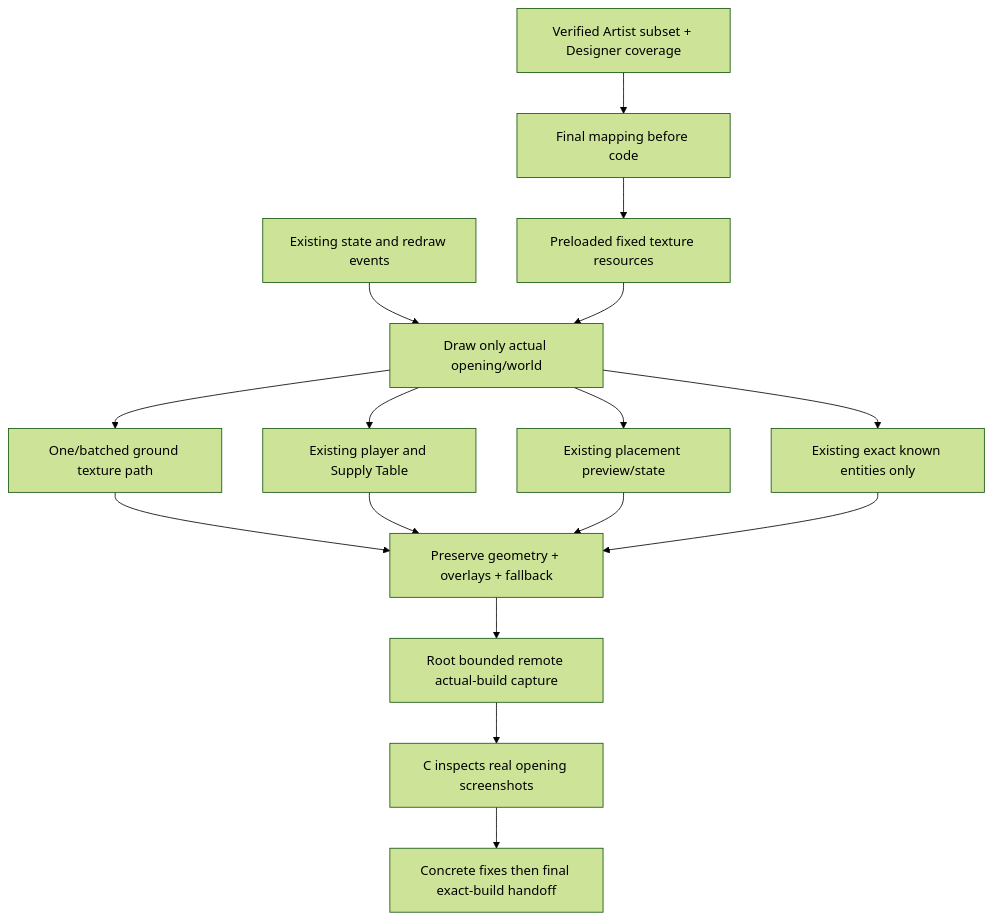
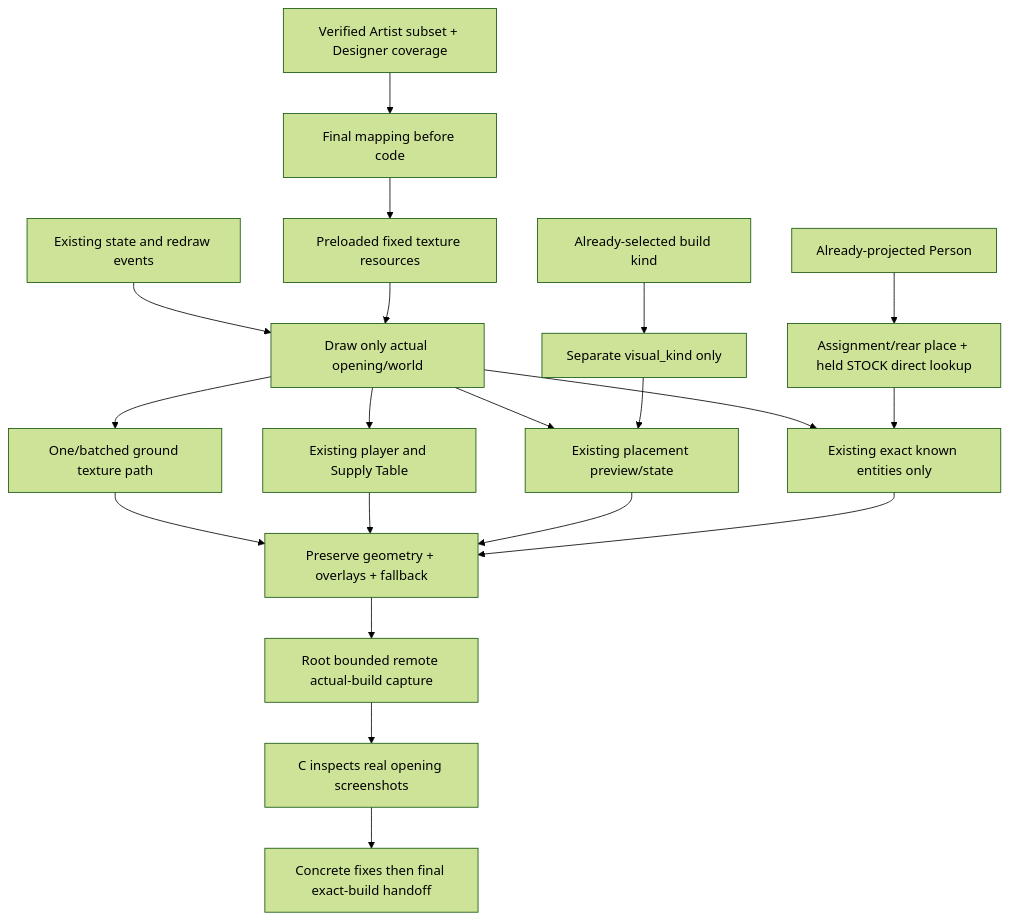
The diagram in docs/diagrams/cohesive_opening_art.mmd (TheInfinityIQ/Trencho_V4), drawn with Mermaid (forest theme) before and after one commit. The commit also changed 1 other file, not shown here.

Commit message:
Freeze approved physical-carry and visual preview hint boundaries

```diff
--- a/docs/diagrams/cohesive_opening_art.mmd
+++ b/docs/diagrams/cohesive_opening_art.mmd
@@ -1,16 +1,20 @@
 flowchart TD
   A[Verified Artist subset + Designer coverage] --> B[Final mapping before code]
   B --> C[Preloaded fixed texture resources]
   D[Existing state and redraw events] --> E[Draw only actual opening/world]
   C --> E
   E --> F[One/batched ground texture path]
   E --> G[Existing player and Supply Table]
   E --> H[Existing placement preview/state]
   E --> I[Existing exact known entities only]
   F --> J[Preserve geometry + overlays + fallback]
   G --> J
   H --> J
   I --> J
   J --> K[Root bounded remote actual-build capture]
   K --> L[C inspects real opening screenshots]
   L --> M[Concrete fixes then final exact-build handoff]
+  N[Already-projected Person] --> O[Assignment/rear place + held STOCK direct lookup]
+  O --> I
+  P[Already-selected build kind] --> Q[Separate visual_kind only]
+  Q --> H
```
